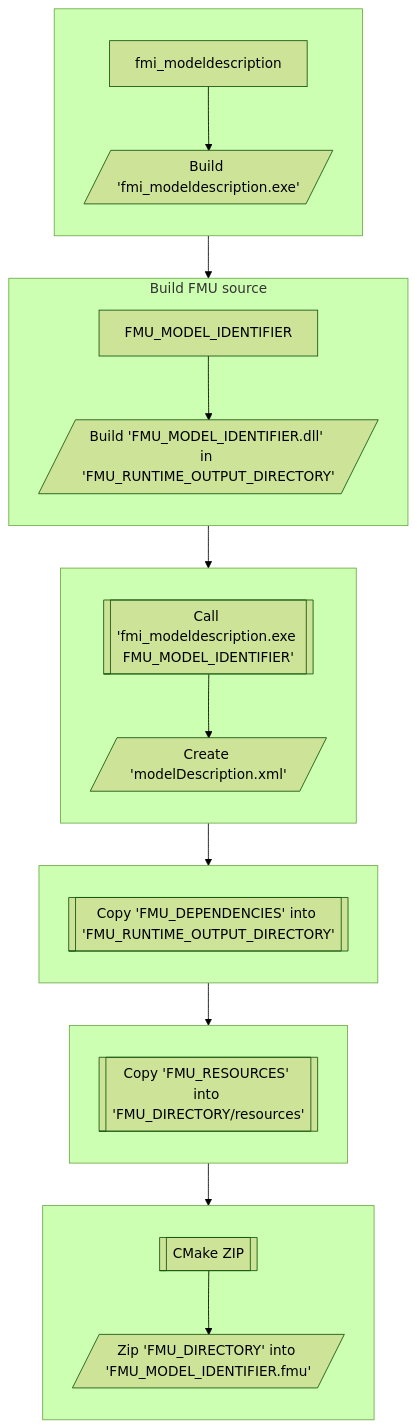
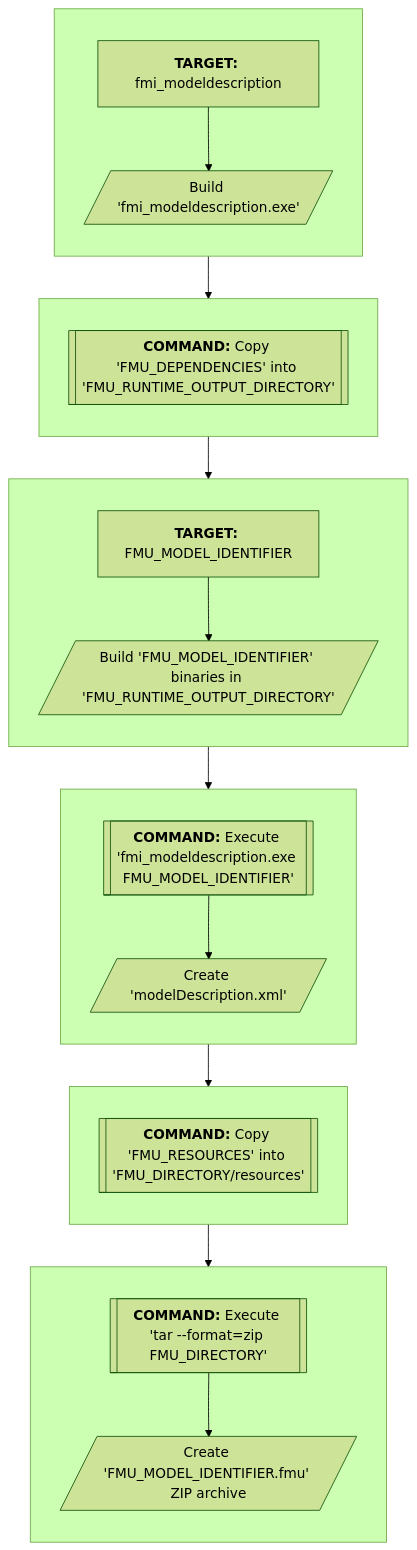
Before and after one commit to DigitalDynamicsLab/fmu_tools: the third of 3 diagrams in README.md, drawn with Mermaid (forest theme). The commit also changed other lines of this file and 1 other file, not shown here.

Commit message:
Minor tweaks to diagrams in README file

````diff
--- a/README.md
+++ b/README.md
@@ -151,32 +158,32 @@
 ```mermaid
 flowchart TB
-    subgraph FMU_MODEL_IDENTIFIER_target[Build FMU source]
+    subgraph FMU_MODEL_IDENTIFIER_target[ ]
     direction TB
-    FMU_MODEL_IDENTIFIER-->FMU_MI_OUTPUT[/"Build 'FMU_MODEL_IDENTIFIER.dll' in 'FMU_RUNTIME_OUTPUT_DIRECTORY'"/]
+    FMU_MODEL_IDENTIFIER["<b>TARGET:</b> FMU_MODEL_IDENTIFIER"]-->FMU_MI_OUTPUT[/"Build 'FMU_MODEL_IDENTIFIER' binaries in 'FMU_RUNTIME_OUTPUT_DIRECTORY'"/]
     end
     subgraph modelDescGenBuild[ ]
     direction TB
-    fmi_modeldescription_build["fmi_modeldescription"]-->fmi_modeldescription_output[/"Build 'fmi_modeldescription.exe'"/]
+    fmi_modeldescription_build["<b>TARGET:</b> fmi_modeldescription"]-->fmi_modeldescription_output[/"Build 'fmi_modeldescription.exe'"/]
     end
     subgraph modelDescription[ ]
     direction TB
-    fmi_modeldescription[["`Call 'fmi_modeldescription.exe FMU_MODEL_IDENTIFIER'`"]]-->MODEL_DESCRIPTION[/"Create 'modelDescription.xml'"/]
+    fmi_modeldescription[["<b>COMMAND:</b> Execute 'fmi_modeldescription.exe FMU_MODEL_IDENTIFIER'"]]-->MODEL_DESCRIPTION[/"Create 'modelDescription.xml'"/]
     end
     subgraph dependenciesCopy[ ]
     direction TB
-    dependencies_copy[["Copy 'FMU_DEPENDENCIES' into 'FMU_RUNTIME_OUTPUT_DIRECTORY'"]]
+    dependencies_copy[["<b>COMMAND:</b> Copy 'FMU_DEPENDENCIES' into 'FMU_RUNTIME_OUTPUT_DIRECTORY'"]]
     end
     subgraph resourcesFolder[ ]
     direction TB
-    resources_folder[["Copy 'FMU_RESOURCES' into 'FMU_DIRECTORY/resources'"]]
+    resources_folder[["<b>COMMAND:</b> Copy 'FMU_RESOURCES' into 'FMU_DIRECTORY/resources'"]]
     end
     subgraph zip_procedure[ ]
     direction TB
-    ZIP[["CMake ZIP"]]-->FMU_MODEL_IDENTIFIER_ZIP[/"Zip 'FMU_DIRECTORY' into 'FMU_MODEL_IDENTIFIER.fmu'"/]
+    ZIP[["<b>COMMAND:</b> Execute 'tar --format=zip FMU_DIRECTORY'"]]-->FMU_MODEL_IDENTIFIER_ZIP[/"Create 'FMU_MODEL_IDENTIFIER.fmu' ZIP archive"/]
     end
-    MODEL_DESCRIPTION -->dependenciesCopy
-    dependenciesCopy --> resourcesFolder
+    fmi_modeldescription_output --> dependenciesCopy
+    dependenciesCopy --> FMU_MODEL_IDENTIFIER
+    FMU_MI_OUTPUT --> fmi_modeldescription
+    MODEL_DESCRIPTION -->resourcesFolder
     resourcesFolder --> ZIP
-    fmi_modeldescription_output --> FMU_MODEL_IDENTIFIER
-    FMU_MI_OUTPUT --> fmi_modeldescription
 ```
````
